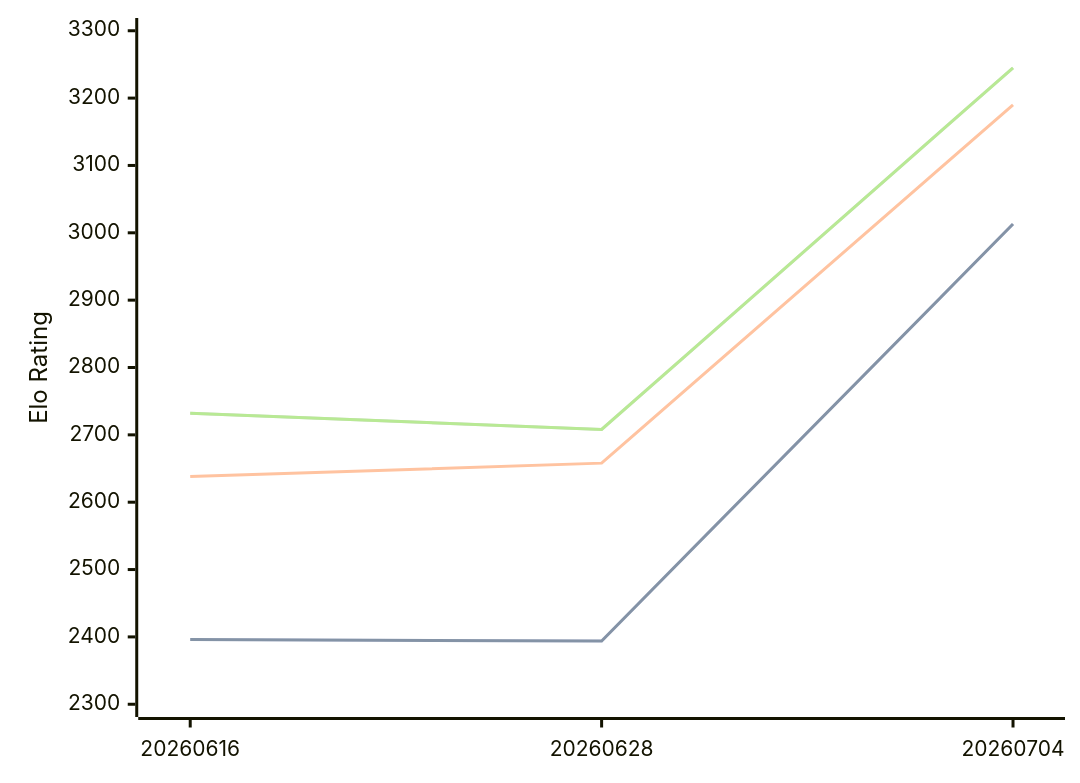
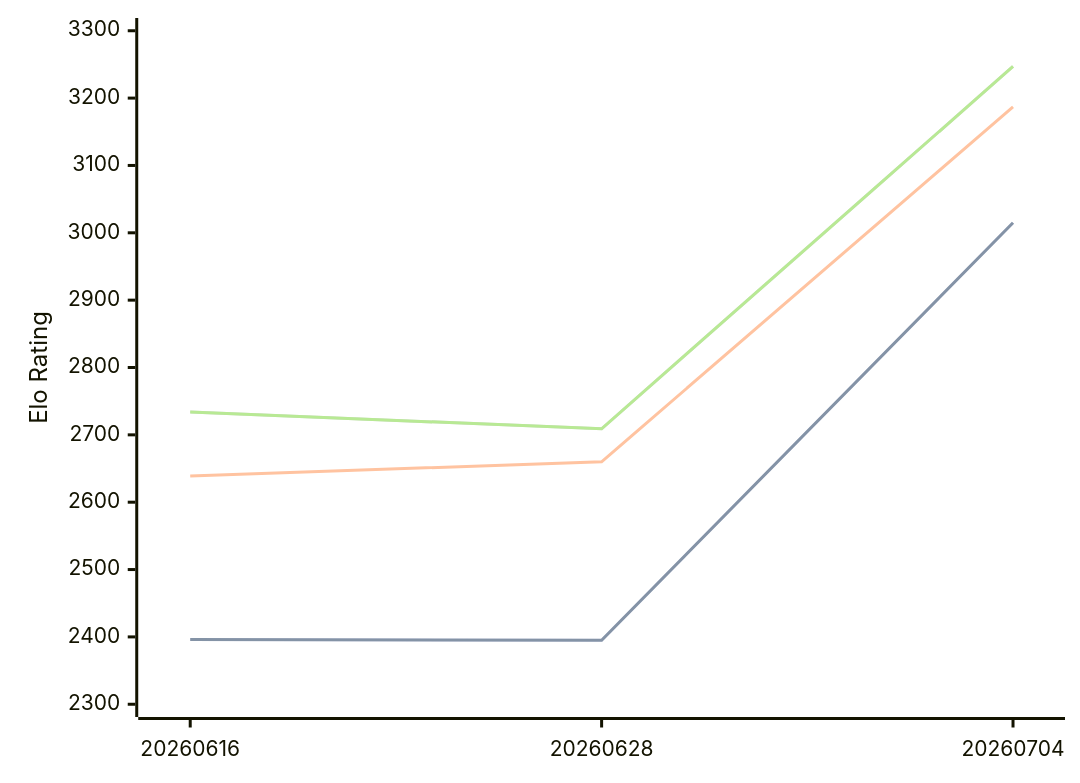
The diagram in engines/Askaig.md (computer-chess-index/cci), drawn with Mermaid before and after one commit. The commit also changed other lines of this file, not shown here.

Commit message:
Update CCI Ratings (ELO VLTC) - 2026-07-23

````diff
--- a/engines/Askaig.md
+++ b/engines/Askaig.md
@@ -35,11 +35,11 @@
 ```mermaid
 %%{init: {"theme":"base","themeVariables":{"seriesColors:['#a3a3a3','#222221','#faa371']}}}%%
 xychart-beta
   x-axis ["20260616", "20260628", "20260704"]
   y-axis "Elo Rating" 2300 --> 3300
-  line "STC (8.0+0.08s)" [2396, 2394, 3013]
-  line "STC (8.0+0.08s)" [2396, 2394, 3013]
-  line "LTC (60.0+0.60s)" [2638, 2658, 3190]
-  line "VLTC (2m24s+1.12s)" [2732, 2708, 3245]
-  line "VLTC (2m24s+1.12s)" [2732, 2708, 3245]
+  line "STC (8.0+0.08s)" [2396, 2395, 3015]
+  line "STC (8.0+0.08s)" [2396, 2395, 3015]
+  line "LTC (60.0+0.60s)" [2639, 2660, 3187]
+  line "VLTC (2m24s+1.12s)" [2734, 2709, 3247]
+  line "VLTC (2m24s+1.12s)" [2734, 2709, 3247]
 ```
````
